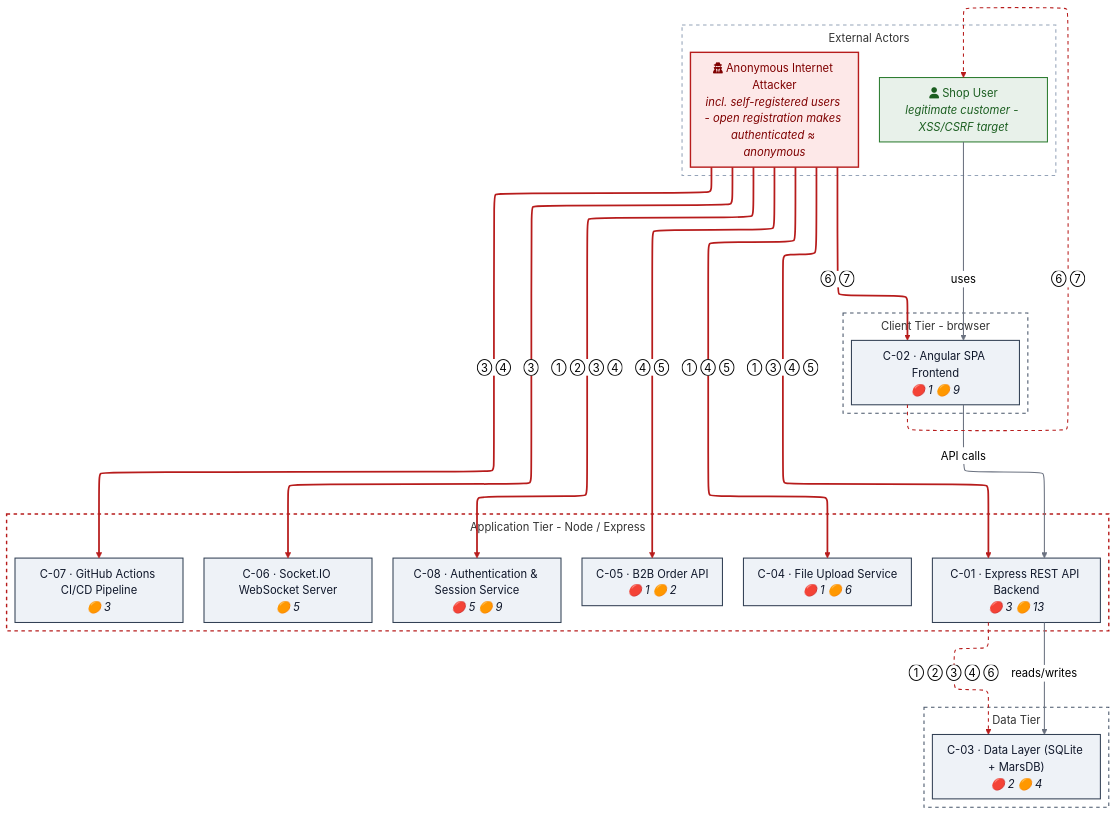
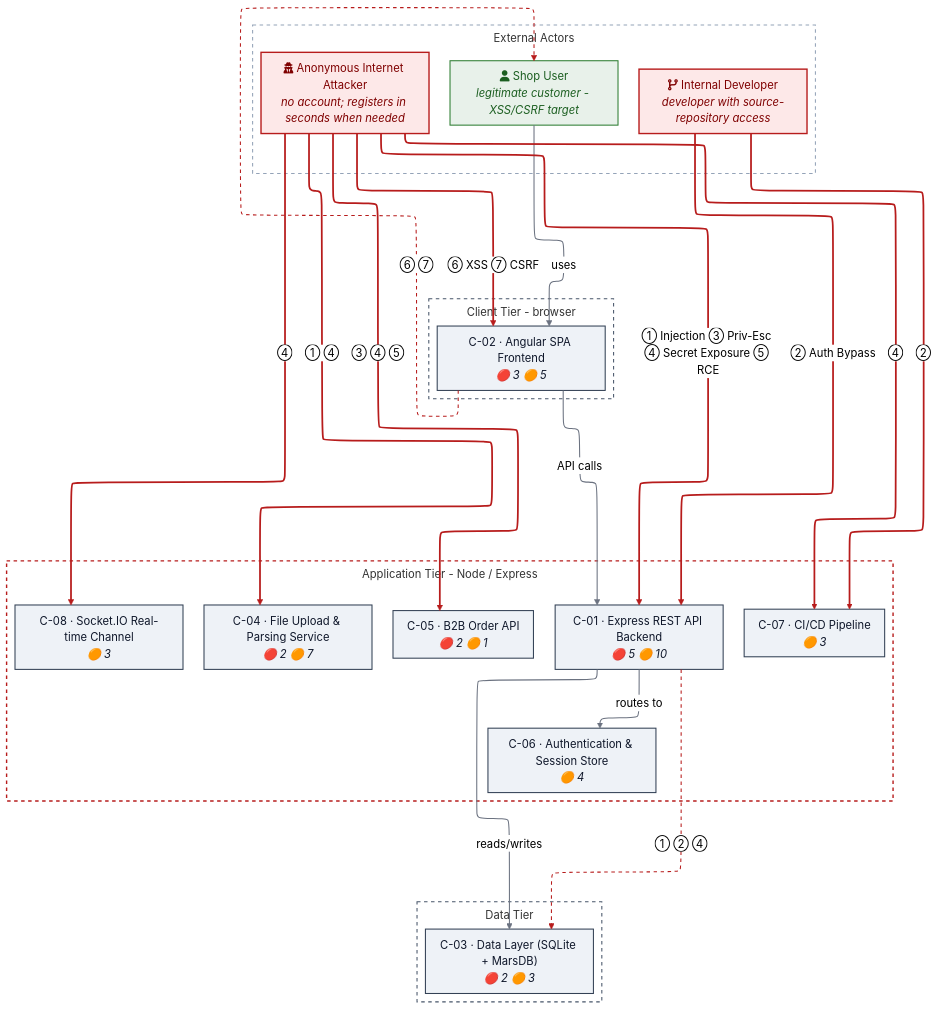
One commit to appsec-foundry/appsec-analyzer changed the diagram in README.md. Above: the diagram before and after it, drawn with Mermaid (neutral theme). The commit also changed 29 other files, not shown here.

````diff
--- a/README.md
+++ b/README.md
@@ -177,53 +177,67 @@
 ```mermaid
 %%{init: {"flowchart": {"defaultRenderer": "elk", "nodeSpacing": 34, "rankSpacing": 52, "padding": 10, "subGraphTitleMargin": {"top": 6, "bottom": 6}}} }%%
 flowchart TB
     subgraph ZONE_ACTORS["External Actors"]
         direction LR
         EXT_SHOPUSER["fa:fa-user Shop User<br/><i>legitimate customer - XSS/CSRF target</i>"]:::actorgood
-        ACT_INTERNET_ANON["fa:fa-user-secret Anonymous Internet Attacker<br/><i>incl. self-registered users - open registration makes authenticated ≈ anonymous</i>"]:::actorbad
+        ACT_INTERNET_ANON["fa:fa-user-secret Anonymous Internet Attacker<br/><i>no account; registers in seconds when needed</i>"]:::actorbad
+        ACT_REPO_READ["fa:fa-code-branch Internal Developer<br/><i>developer with source-repository access</i>"]:::actorbad
     end
 
     subgraph CLIENT["Client Tier - browser"]
-        CMP_FRONTEND_SPA["C-02 · Angular SPA Frontend<br/><i>🔴 1 🟠 9</i>"]:::comp
+        CMP_FRONTEND_SPA["C-02 · Angular SPA Frontend<br/><i>🔴 3 🟠 5</i>"]:::comp
     end
     subgraph APP["Application Tier - Node / Express"]
-        CMP_BACKEND_API["C-01 · Express REST API Backend<br/><i>🔴 3 🟠 13</i>"]:::comp
-        CMP_FILE_UPLOAD_SERVICE["C-04 · File Upload Service<br/><i>🔴 1 🟠 6</i>"]:::comp
-        CMP_B2B_API["C-05 · B2B Order API<br/><i>🔴 1 🟠 2</i>"]:::comp
-        CMP_WEBSOCKET_SERVER["C-06 · Socket.IO WebSocket Server<br/><i>🟠 5</i>"]:::comp
-        CMP_CI_CD_PIPELINE["C-07 · GitHub Actions CI/CD Pipeline<br/><i>🟠 3</i>"]:::comp
-        CMP_AUTH_SERVICE["C-08 · Authentication &amp; Session Service<br/><i>🔴 5 🟠 9</i>"]:::comp
+        CMP_BACKEND_API["C-01 · Express REST API Backend<br/><i>🔴 5 🟠 10</i>"]:::comp
+        CMP_FILE_UPLOAD_SERVICE["C-04 · File Upload &amp; Parsing Service<br/><i>🔴 2 🟠 7</i>"]:::comp
+        CMP_B2B_API["C-05 · B2B Order API<br/><i>🔴 2 🟠 1</i>"]:::comp
+        CMP_DATA_LAYER["C-06 · Authentication &amp; Session Store<br/><i>🟠 4</i>"]:::comp
+        CMP_CI_CD_PIPELINE["C-07 · CI/CD Pipeline<br/><i>🟠 3</i>"]:::comp
+        CMP_SOCKET_IO["C-08 · Socket.IO Real-time Channel<br/><i>🟠 3</i>"]:::comp
     end
     subgraph DATA["Data Tier"]
-        CMP_DATA_PERSISTENCE["C-03 · Data Layer (SQLite + MarsDB)<br/><i>🔴 2 🟠 4</i>"]:::comp
+        CMP_DATA_PERSISTENCE["C-03 · Data Layer (SQLite + MarsDB)<br/><i>🔴 2 🟠 3</i>"]:::comp
     end
 
     %% legitimate request flow
     EXT_SHOPUSER -->|"uses"| CMP_FRONTEND_SPA
     CMP_FRONTEND_SPA -->|"API calls"| CMP_BACKEND_API
     CMP_BACKEND_API -->|"reads/writes"| CMP_DATA_PERSISTENCE
+    CMP_BACKEND_API -->|"routes to"| CMP_DATA_LAYER
     %% attacks (solid) - each originates at a threat actor; glyphs match Figure 2 / Top Threats
-    ACT_INTERNET_ANON ==>|"① ② ③ ④"| CMP_AUTH_SERVICE
-    ACT_INTERNET_ANON ==>|"① ③ ④ ⑤"| CMP_BACKEND_API
-    ACT_INTERNET_ANON ==>|"① ④ ⑤"| CMP_FILE_UPLOAD_SERVICE
-    ACT_INTERNET_ANON ==>|"③"| CMP_WEBSOCKET_SERVER
-    ACT_INTERNET_ANON ==>|"③ ④"| CMP_CI_CD_PIPELINE
-    ACT_INTERNET_ANON ==>|"④ ⑤"| CMP_B2B_API
-    ACT_INTERNET_ANON ==>|"⑥ ⑦"| CMP_FRONTEND_SPA
+    ACT_INTERNET_ANON ==>|"① Injection ③ Priv-Esc ④ Secret Exposure ⑤ RCE"| CMP_BACKEND_API
+    ACT_INTERNET_ANON ==>|"① ④"| CMP_FILE_UPLOAD_SERVICE
+    ACT_REPO_READ ==>|"② Auth Bypass"| CMP_BACKEND_API
+    ACT_REPO_READ ==>|"②"| CMP_CI_CD_PIPELINE
+    ACT_INTERNET_ANON ==>|"③ ④ ⑤"| CMP_B2B_API
+    ACT_INTERNET_ANON ==>|"④"| CMP_CI_CD_PIPELINE
+    ACT_INTERNET_ANON ==>|"④"| CMP_SOCKET_IO
+    ACT_INTERNET_ANON ==>|"⑥ XSS ⑦ CSRF"| CMP_FRONTEND_SPA
     %% propagation (dotted) - how the attack reaches the data tier / victim
-    CMP_BACKEND_API -.->|"① ② ③ ④ ⑥"| CMP_DATA_PERSISTENCE
+    CMP_BACKEND_API -.->|"① ② ④"| CMP_DATA_PERSISTENCE
     CMP_FRONTEND_SPA -.->|"⑥ ⑦"| EXT_SHOPUSER
+    %% invisible barycenter-balancing edges - center the client/data tiers under the app row (no glyph, no linkStyle → rendered as no line)
+    CMP_FILE_UPLOAD_SERVICE ~~~ CMP_DATA_PERSISTENCE
+    CMP_B2B_API ~~~ CMP_DATA_PERSISTENCE
+    CMP_DATA_LAYER ~~~ CMP_DATA_PERSISTENCE
+    CMP_CI_CD_PIPELINE ~~~ CMP_DATA_PERSISTENCE
+    CMP_SOCKET_IO ~~~ CMP_DATA_PERSISTENCE
+    CMP_FRONTEND_SPA ~~~ CMP_FILE_UPLOAD_SERVICE
+    CMP_FRONTEND_SPA ~~~ CMP_B2B_API
+    CMP_FRONTEND_SPA ~~~ CMP_DATA_LAYER
+    CMP_FRONTEND_SPA ~~~ CMP_CI_CD_PIPELINE
+    CMP_FRONTEND_SPA ~~~ CMP_SOCKET_IO
 
     style CLIENT fill:none,stroke:#475569,stroke-width:1.5px,stroke-dasharray:5
     style APP fill:none,stroke:#b71c1c,stroke-width:2px,stroke-dasharray:5
     style DATA fill:none,stroke:#475569,stroke-width:1.5px,stroke-dasharray:5
     style ZONE_ACTORS fill:none,stroke:#94a3b8,stroke-width:1.5px,stroke-dasharray:5
     classDef comp fill:#eef2f7,stroke:#334155,color:#0f172a,stroke-width:1.5px
     classDef compmuted fill:#f8fafc,stroke:#cbd5e1,color:#64748b,stroke-width:1px,font-size:9px
     classDef ext  fill:#ffffff,stroke:#94a3b8,color:#334155,stroke-width:1.5px
     classDef actorbad  fill:#fde8e8,stroke:#b71c1c,color:#7f0000,stroke-width:2px
     classDef actorgood fill:#e8f1ea,stroke:#2e7d32,color:#1b5e20,stroke-width:1.5px
-    linkStyle 0,1,2 stroke:#6b7280,stroke-width:1.5px
-    linkStyle 3,4,5,6,7,8,9 stroke:#b71c1c,stroke-width:2.5px
-    linkStyle 10,11 stroke:#b71c1c,stroke-width:1.5px,stroke-dasharray:5
+    linkStyle 0,1,2,3 stroke:#6b7280,stroke-width:1.5px
+    linkStyle 4,5,6,7,8,9,10,11 stroke:#b71c1c,stroke-width:2.5px
+    linkStyle 12,13 stroke:#b71c1c,stroke-width:1.5px,stroke-dasharray:5
 ```
````
